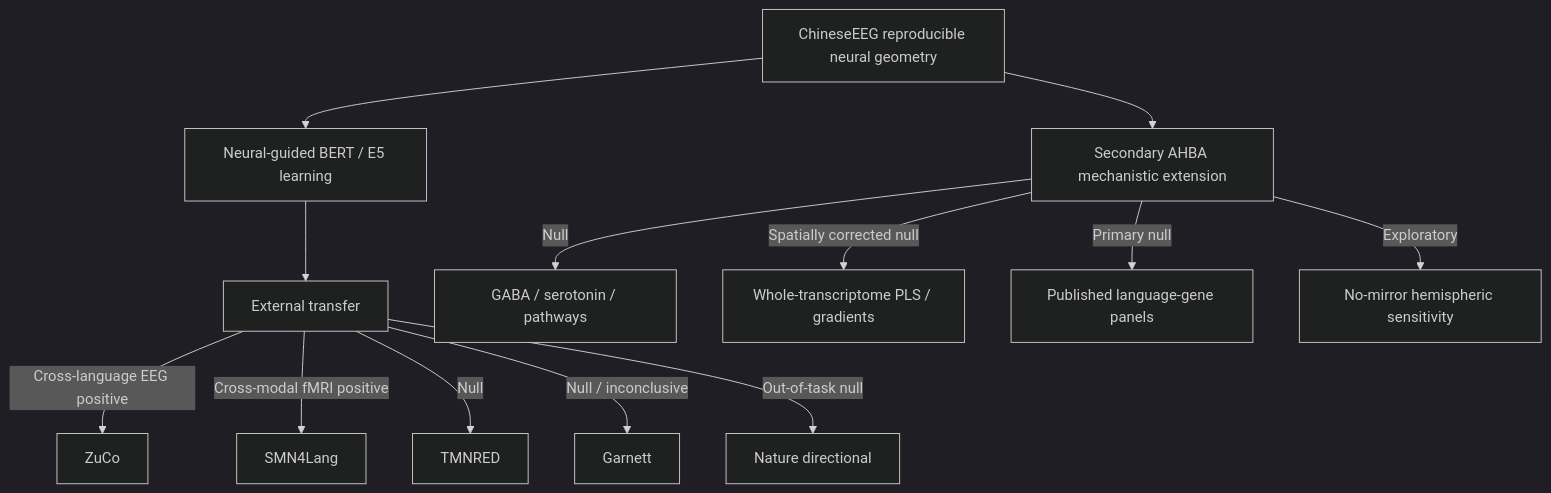
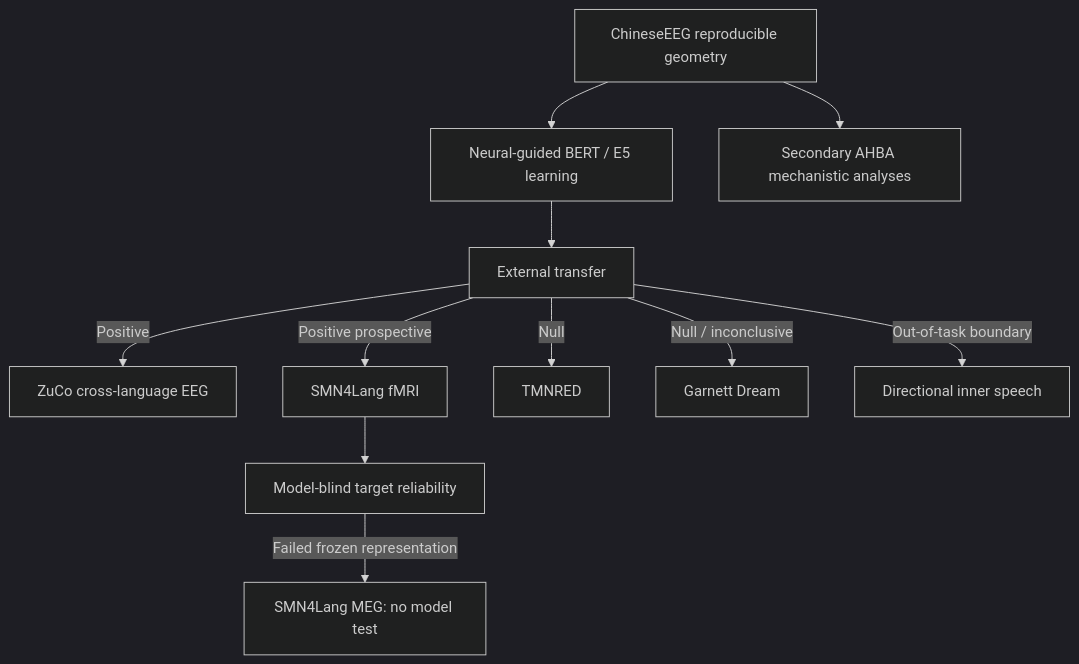
The diagram in docs/3_RESULTS_AND_COMPARISONS.md (vafaei-ar/NeuroSem), drawn with Mermaid (dark theme) before and after one commit. The commit also changed other lines of this file, not shown here.

Commit message:
Update results summary with final MEG reliability boundary

````diff
--- a/docs/3_RESULTS_AND_COMPARISONS.md
+++ b/docs/3_RESULTS_AND_COMPARISONS.md
@@ -21,16 +22,13 @@
 ```mermaid
 flowchart TD
-    A[ChineseEEG reproducible neural geometry] --> B[Neural-guided BERT / E5 learning]
+    A[ChineseEEG reproducible geometry] --> B[Neural-guided BERT / E5 learning]
     B --> C[External transfer]
-    C -->|Cross-language EEG positive| C1[ZuCo]
-    C -->|Cross-modal fMRI positive| C2[SMN4Lang]
+    C -->|Positive| C1[ZuCo cross-language EEG]
+    C -->|Positive prospective| C2[SMN4Lang fMRI]
     C -->|Null| C3[TMNRED]
-    C -->|Null / inconclusive| C4[Garnett]
-    C -->|Out-of-task null| C5[Nature directional]
-
-    A --> M[Secondary AHBA mechanistic extension]
-    M -->|Null| M1[GABA / serotonin / pathways]
-    M -->|Spatially corrected null| M2[Whole-transcriptome PLS / gradients]
-    M -->|Primary null| M3[Published language-gene panels]
-    M -->|Exploratory| M4[No-mirror hemispheric sensitivity]
+    C -->|Null / inconclusive| C4[Garnett Dream]
+    C -->|Out-of-task boundary| C5[Directional inner speech]
+    C2 --> R[Model-blind target reliability]
+    R -->|Failed frozen representation| M[SMN4Lang MEG: no model test]
+    A --> X[Secondary AHBA mechanistic analyses]
 ```
````
